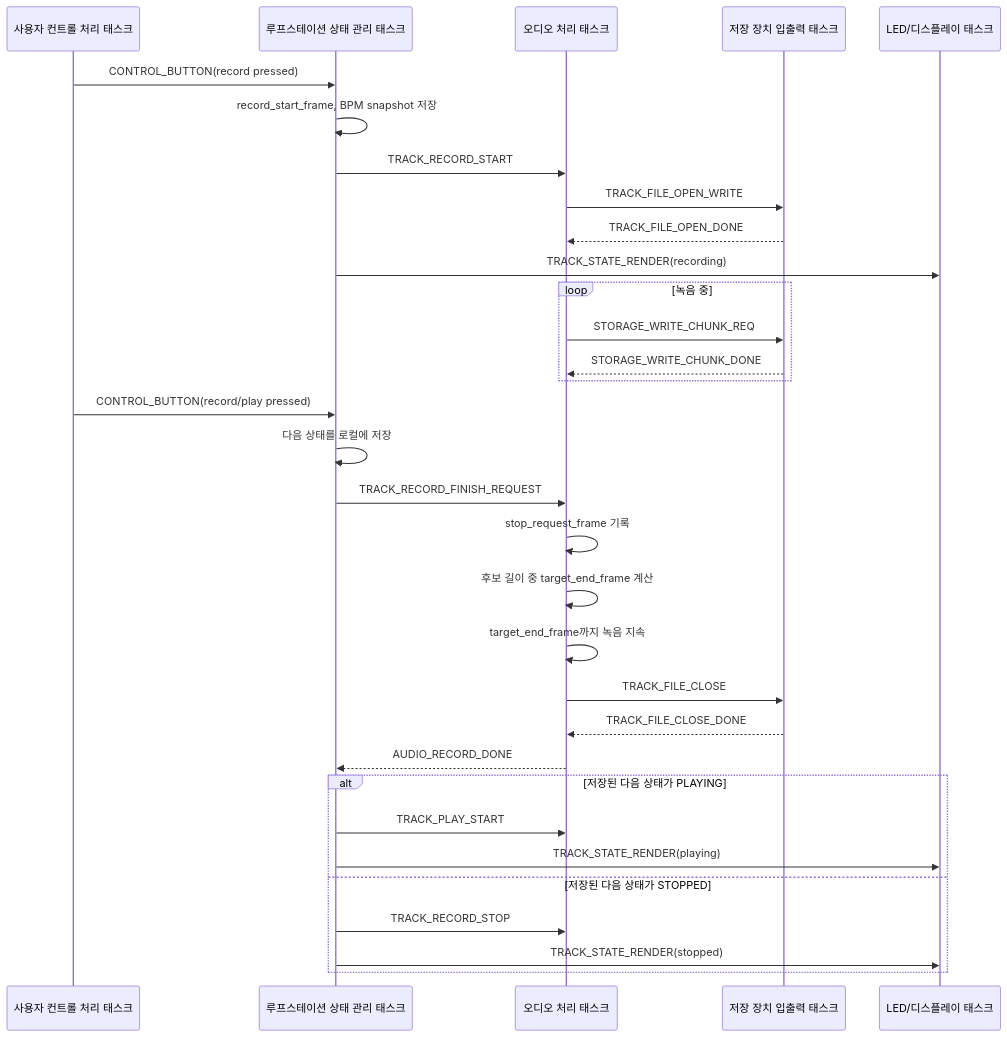
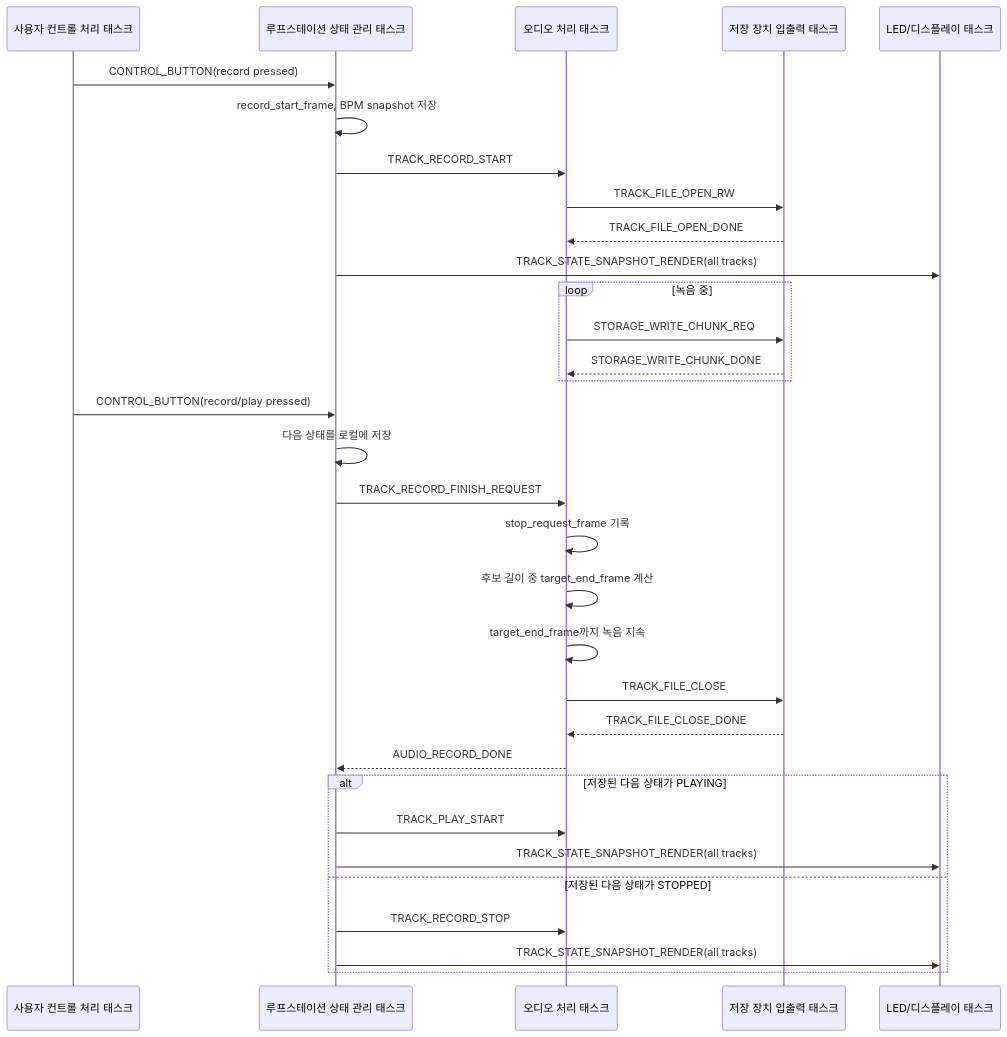
The first of 2 diagrams in docs/audio/recording_flow.md (10cheon00/rtos-loopstation), drawn with Mermaid before and after one commit. The commit also changed other lines of this file, not shown here.

````diff
--- a/docs/audio/recording_flow.md
+++ b/docs/audio/recording_flow.md
@@ -129,38 +135,38 @@
 ```mermaid
 sequenceDiagram
     participant Control as 사용자 컨트롤 처리 태스크
     participant State as 루프스테이션 상태 관리 태스크
     participant Audio as 오디오 처리 태스크
     participant Storage as 저장 장치 입출력 태스크
     participant Display as LED/디스플레이 태스크
 
     Control->>State: CONTROL_BUTTON(record pressed)
     State->>State: record_start_frame, BPM snapshot 저장
     State->>Audio: TRACK_RECORD_START
-    Audio->>Storage: TRACK_FILE_OPEN_WRITE
+    Audio->>Storage: TRACK_FILE_OPEN_RW
     Storage-->>Audio: TRACK_FILE_OPEN_DONE
-    State->>Display: TRACK_STATE_RENDER(recording)
+    State->>Display: TRACK_STATE_SNAPSHOT_RENDER(all tracks)
 
     loop 녹음 중
         Audio->>Storage: STORAGE_WRITE_CHUNK_REQ
         Storage-->>Audio: STORAGE_WRITE_CHUNK_DONE
     end
 
     Control->>State: CONTROL_BUTTON(record/play pressed)
     State->>State: 다음 상태를 로컬에 저장
     State->>Audio: TRACK_RECORD_FINISH_REQUEST
 
     Audio->>Audio: stop_request_frame 기록
     Audio->>Audio: 후보 길이 중 target_end_frame 계산
     Audio->>Audio: target_end_frame까지 녹음 지속
     Audio->>Storage: TRACK_FILE_CLOSE
     Storage-->>Audio: TRACK_FILE_CLOSE_DONE
     Audio-->>State: AUDIO_RECORD_DONE
     alt 저장된 다음 상태가 PLAYING
         State->>Audio: TRACK_PLAY_START
-        State->>Display: TRACK_STATE_RENDER(playing)
+        State->>Display: TRACK_STATE_SNAPSHOT_RENDER(all tracks)
     else 저장된 다음 상태가 STOPPED
         State->>Audio: TRACK_RECORD_STOP
-        State->>Display: TRACK_STATE_RENDER(stopped)
+        State->>Display: TRACK_STATE_SNAPSHOT_RENDER(all tracks)
     end
 ```
````
